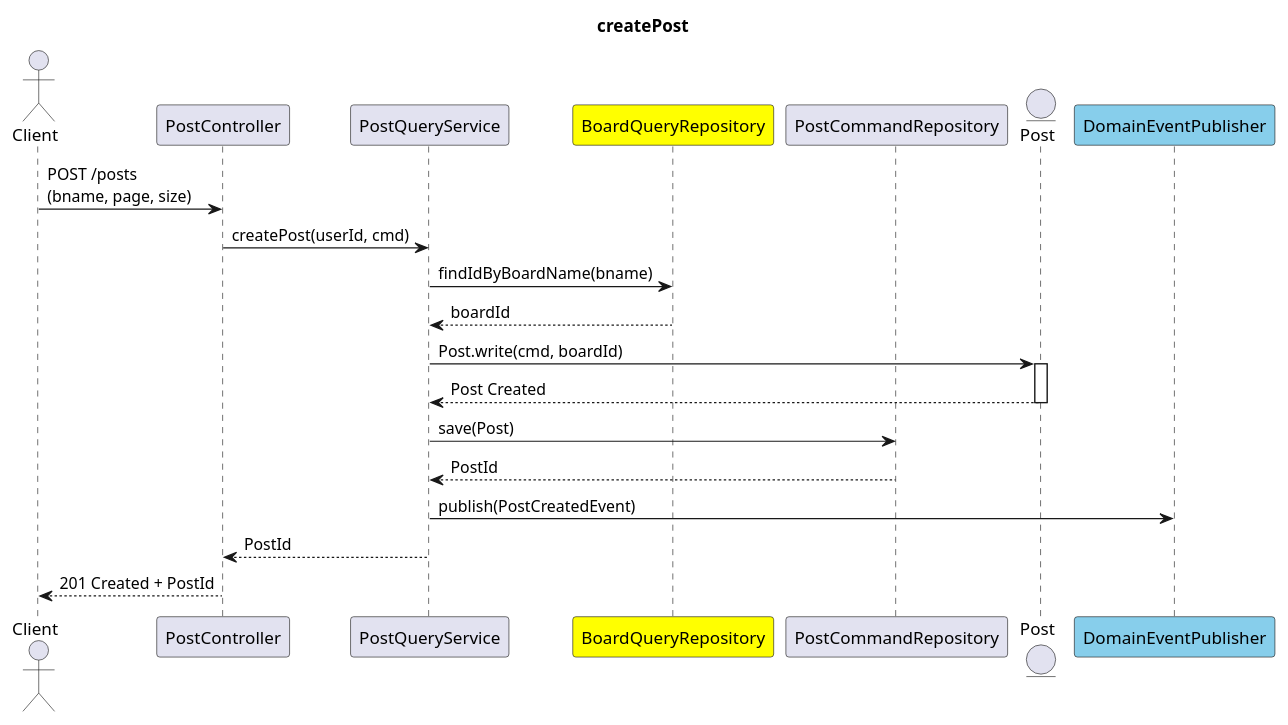
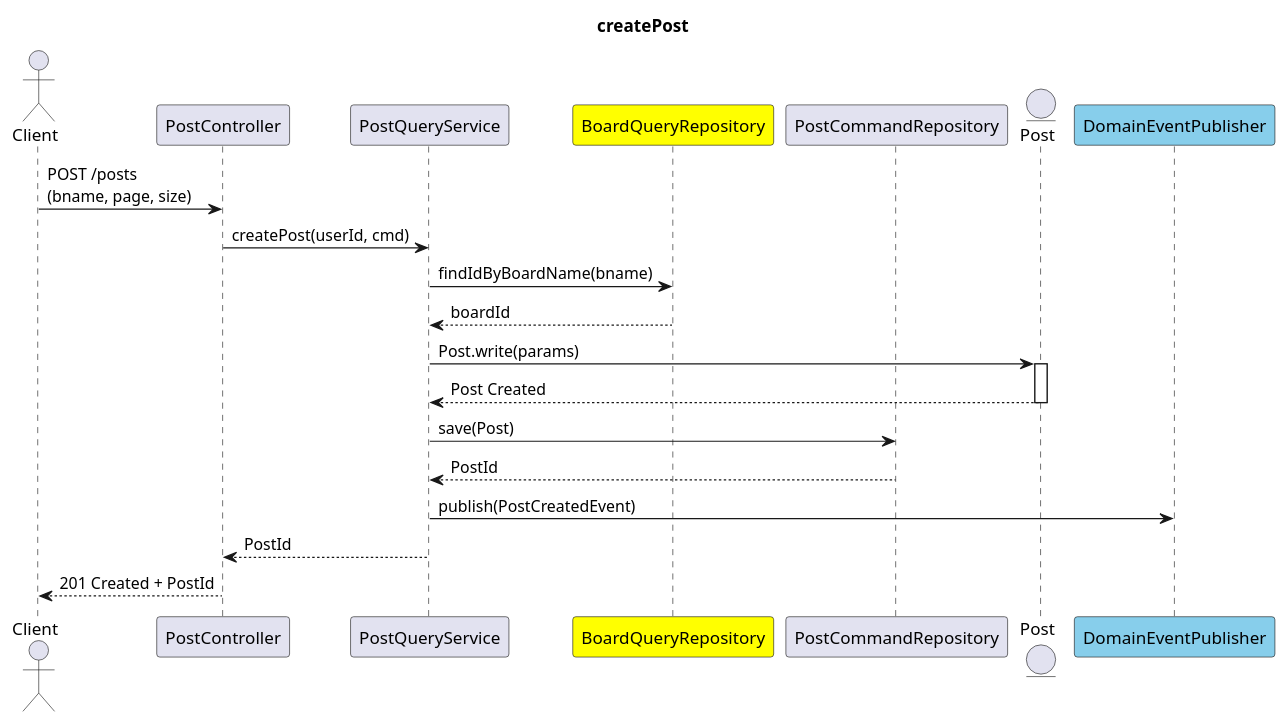
One commit to SimpleBoardTeam/simpleBoard-server changed the diagram in document/puml/event/externalAPI/boardContext/postAggregate/createPost.puml. Above: the diagram before and after it, drawn with PlantUML. The commit also changed 1 other file, not shown here.

Commit message:
docs(diagram): Post 이벤트 다이어그램 수정 - deletePost의 Service 계층 업무 축소

```diff
--- a/document/puml/event/externalAPI/boardContext/postAggregate/createPost.puml
+++ b/document/puml/event/externalAPI/boardContext/postAggregate/createPost.puml
@@ -1,29 +1,29 @@
 @startuml createPostSeq
 title createPost
 actor Client
 participant PostController
 participant PostQueryService
 participant BoardQueryRepository #yellow
 participant PostCommandRepository
 entity      Post
 participant DomainEventPublisher #skyblue
 
 Client -> PostController : POST /posts\n(bname, page, size)
 PostController -> PostQueryService : createPost(userId, cmd)
 
 PostQueryService -> BoardQueryRepository : findIdByBoardName(bname)
 BoardQueryRepository --> PostQueryService : boardId
 
-PostQueryService -> Post : Post.write(cmd, boardId)
+PostQueryService -> Post : Post.write(params)
 activate Post
 Post --> PostQueryService : Post Created
 deactivate Post
 
 PostQueryService -> PostCommandRepository : save(Post)
 PostCommandRepository --> PostQueryService : PostId
 
 PostQueryService -> DomainEventPublisher : publish(PostCreatedEvent)
 
 PostQueryService --> PostController : PostId
 PostController --> Client :  201 Created + PostId
 @enduml
```
